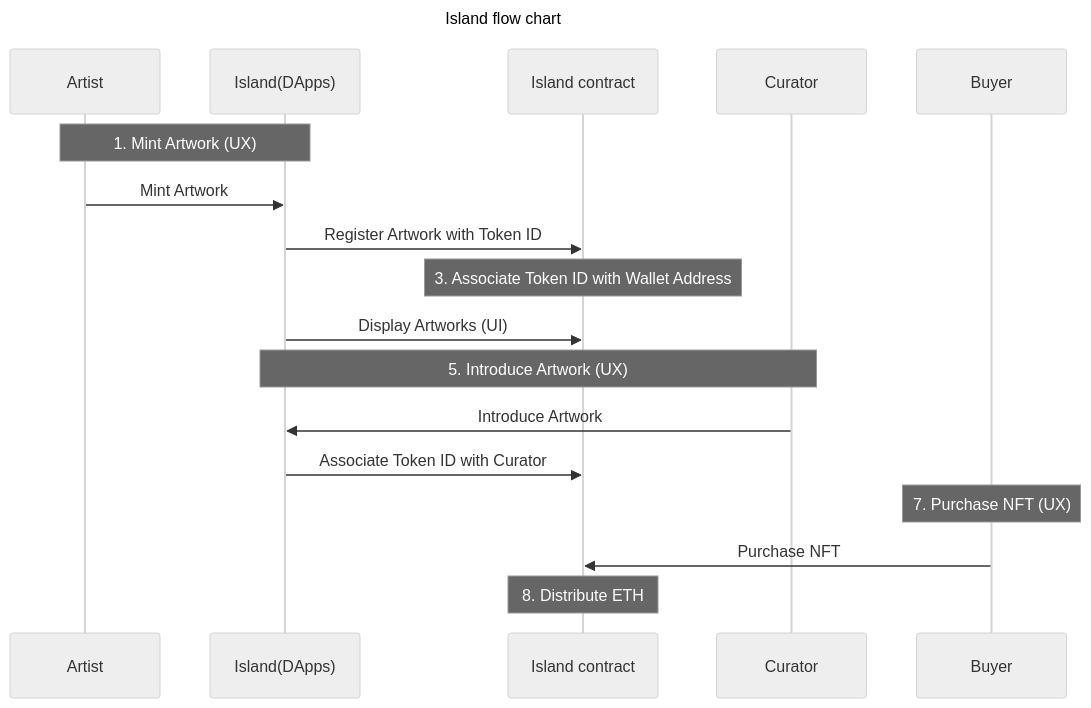
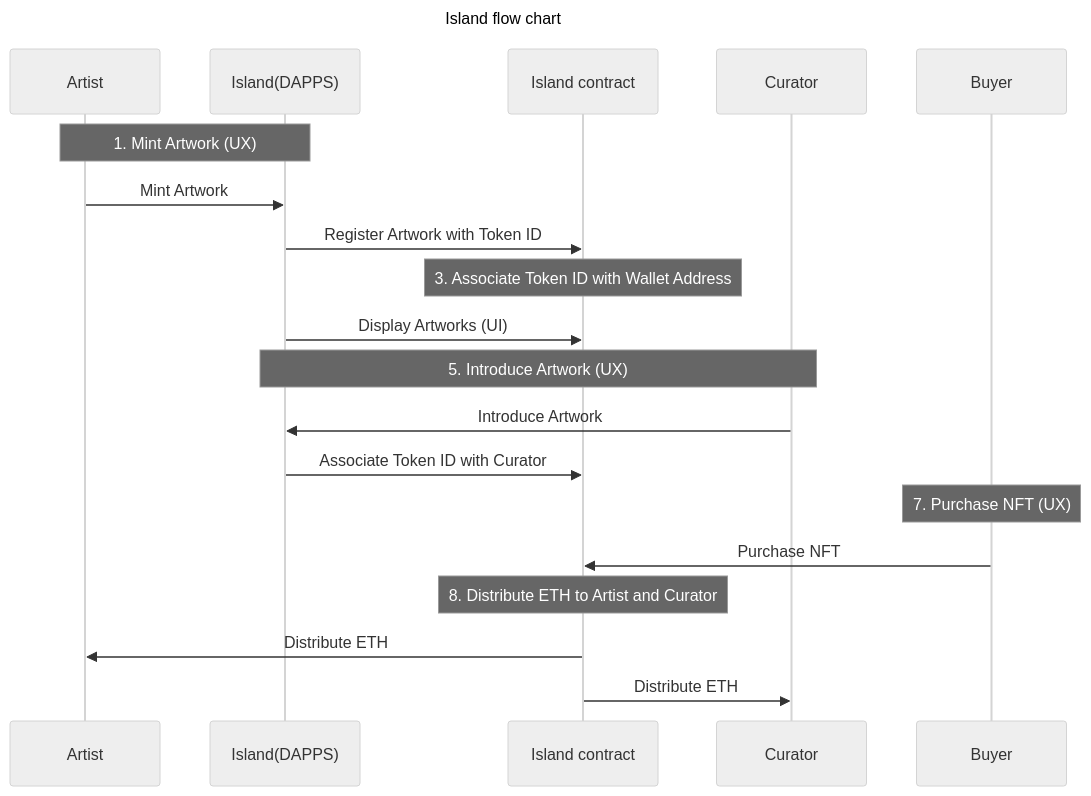
The diagram in README.md (0xalty/Island), drawn with Mermaid (neutral theme) before and after one commit.

Commit message:
Update README.md
Change No.8

````diff
--- a/README.md
+++ b/README.md
@@ -28,28 +28,30 @@
 ```mermaid
 ---
 title: "Island flow chart"
 ---
 
 sequenceDiagram
   participant Artist
-  participant Island(DApps)
+  participant Island(DAPPS)
   participant Island contract
   participant Curator
   participant Buyer
 
-  Note over Artist, Island(DApps): 1. Mint Artwork (UX)
-  Artist ->> Island(DApps): Mint Artwork
-  Island(DApps) ->> Island contract: Register Artwork with Token ID
+  Note over Artist, Island(DAPPS): 1. Mint Artwork (UX)
+  Artist ->> Island(DAPPS): Mint Artwork
+  Island(DAPPS) ->> Island contract: Register Artwork with Token ID
 
   Note over Island contract: 3. Associate Token ID with Wallet Address
-  Island(DApps) ->> Island contract: Display Artworks (UI)
+  Island(DAPPS) ->> Island contract: Display Artworks (UI)
 
-  Note over Curator, Island(DApps): 5. Introduce Artwork (UX)
-  Curator ->> Island(DApps): Introduce Artwork
-  Island(DApps) ->> Island contract: Associate Token ID with Curator
+  Note over Curator, Island(DAPPS): 5. Introduce Artwork (UX)
+  Curator ->> Island(DAPPS): Introduce Artwork
+  Island(DAPPS) ->> Island contract: Associate Token ID with Curator
 
   Note over Buyer: 7. Purchase NFT (UX)
   Buyer ->> Island contract: Purchase NFT
 
-  Note over Island contract: 8. Distribute ETH
+  Note over Island contract: 8. Distribute ETH to Artist and Curator
+  Island contract ->> Artist: Distribute ETH
+  Island contract ->> Curator: Distribute ETH
 ```
````
